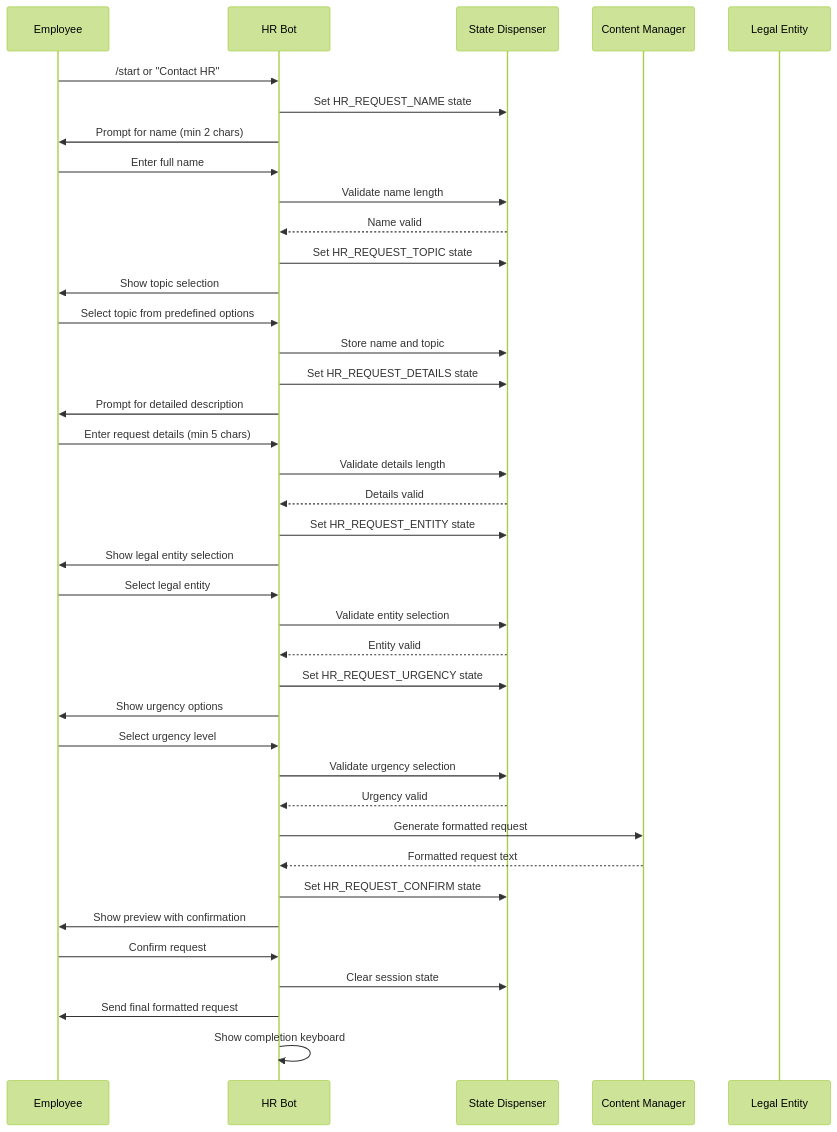
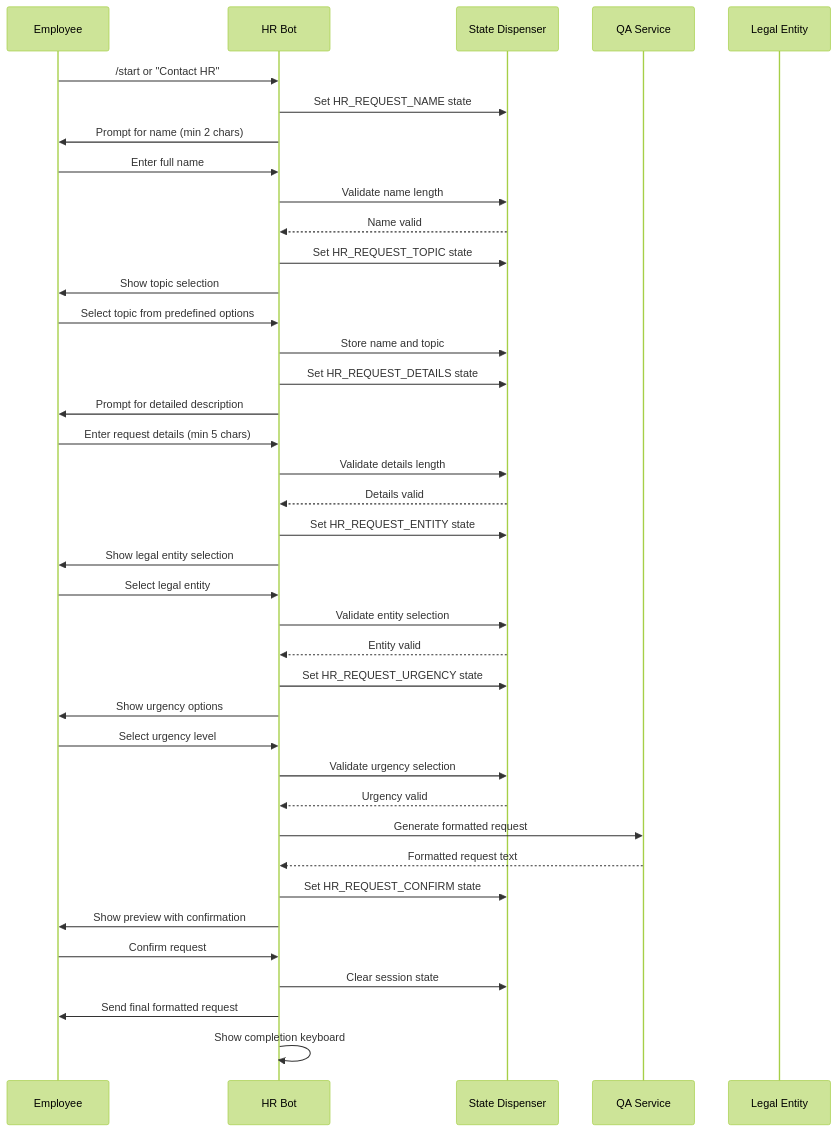
The fourth of 12 diagrams in .qoder/repowiki/en/content/VK Integration/HR Request Processing System.md (ognelis/cafetera_hr_bot), drawn with Mermaid (forest theme) before and after one commit. The commit also changed other lines of this file and 8 other files, not shown here.

````diff
--- a/.qoder/repowiki/en/content/VK Integration/HR Request Processing System.md
+++ b/.qoder/repowiki/en/content/VK Integration/HR Request Processing System.md
@@ -182,41 +190,41 @@
 ```mermaid
 sequenceDiagram
 participant User as Employee
 participant Bot as HR Bot
 participant State as State Dispenser
-participant Content as Content Manager
+participant QAService as QA Service
 participant Entity as Legal Entity
 User->>Bot : /start or "Contact HR"
 Bot->>State : Set HR_REQUEST_NAME state
 Bot->>User : Prompt for name (min 2 chars)
 User->>Bot : Enter full name
 Bot->>State : Validate name length
 State-->>Bot : Name valid
 Bot->>State : Set HR_REQUEST_TOPIC state
 Bot->>User : Show topic selection
 User->>Bot : Select topic from predefined options
 Bot->>State : Store name and topic
 Bot->>State : Set HR_REQUEST_DETAILS state
 Bot->>User : Prompt for detailed description
 User->>Bot : Enter request details (min 5 chars)
 Bot->>State : Validate details length
 State-->>Bot : Details valid
 Bot->>State : Set HR_REQUEST_ENTITY state
 Bot->>User : Show legal entity selection
 User->>Bot : Select legal entity
 Bot->>State : Validate entity selection
 State-->>Bot : Entity valid
 Bot->>State : Set HR_REQUEST_URGENCY state
 Bot->>User : Show urgency options
 User->>Bot : Select urgency level
 Bot->>State : Validate urgency selection
 State-->>Bot : Urgency valid
-Bot->>Content : Generate formatted request
-Content-->>Bot : Formatted request text
+Bot->>QAService : Generate formatted request
+QAService-->>Bot : Formatted request text
 Bot->>State : Set HR_REQUEST_CONFIRM state
 Bot->>User : Show preview with confirmation
 User->>Bot : Confirm request
 Bot->>State : Clear session state
 Bot->>User : Send final formatted request
 Bot->>Bot : Show completion keyboard
 ```
````
